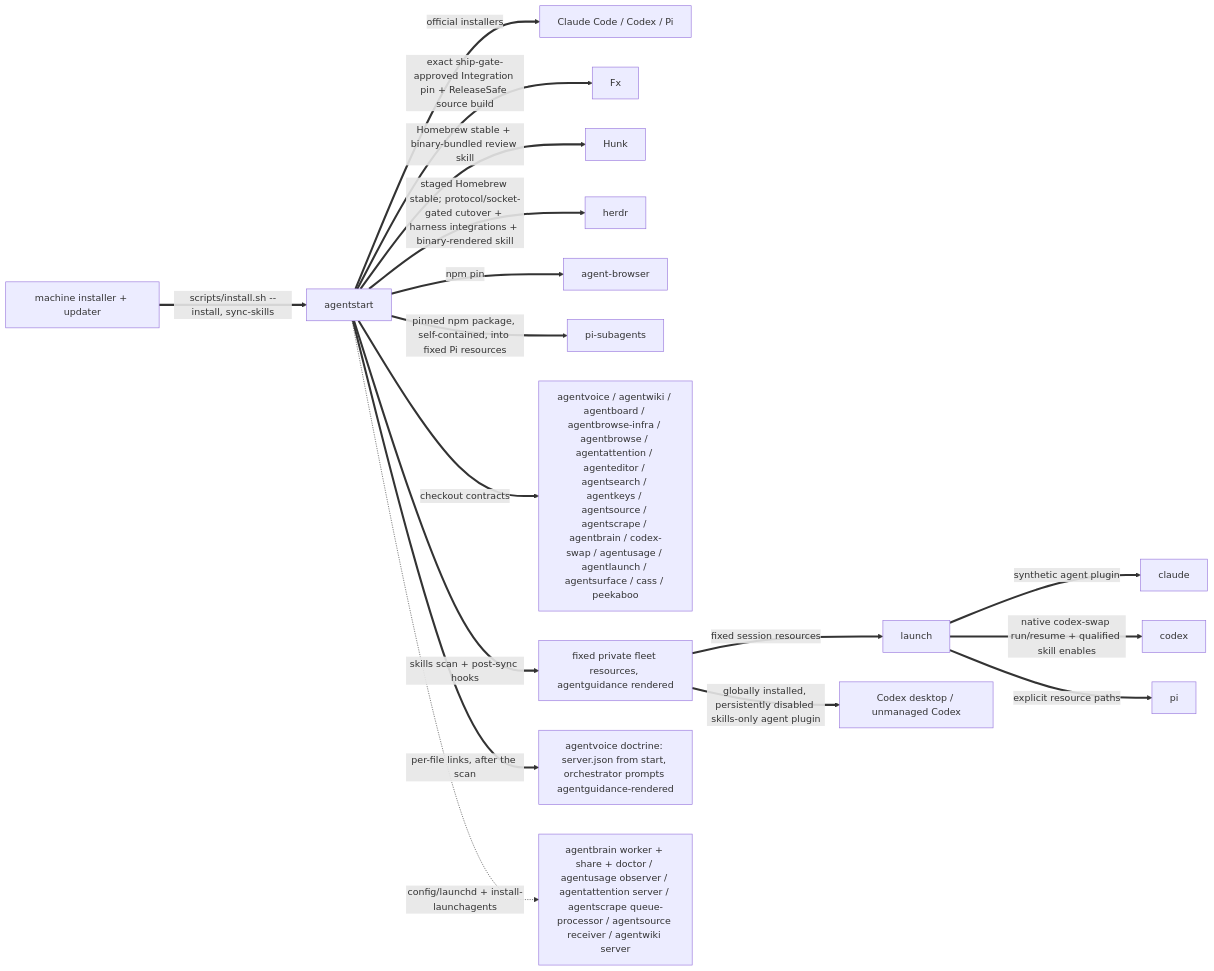
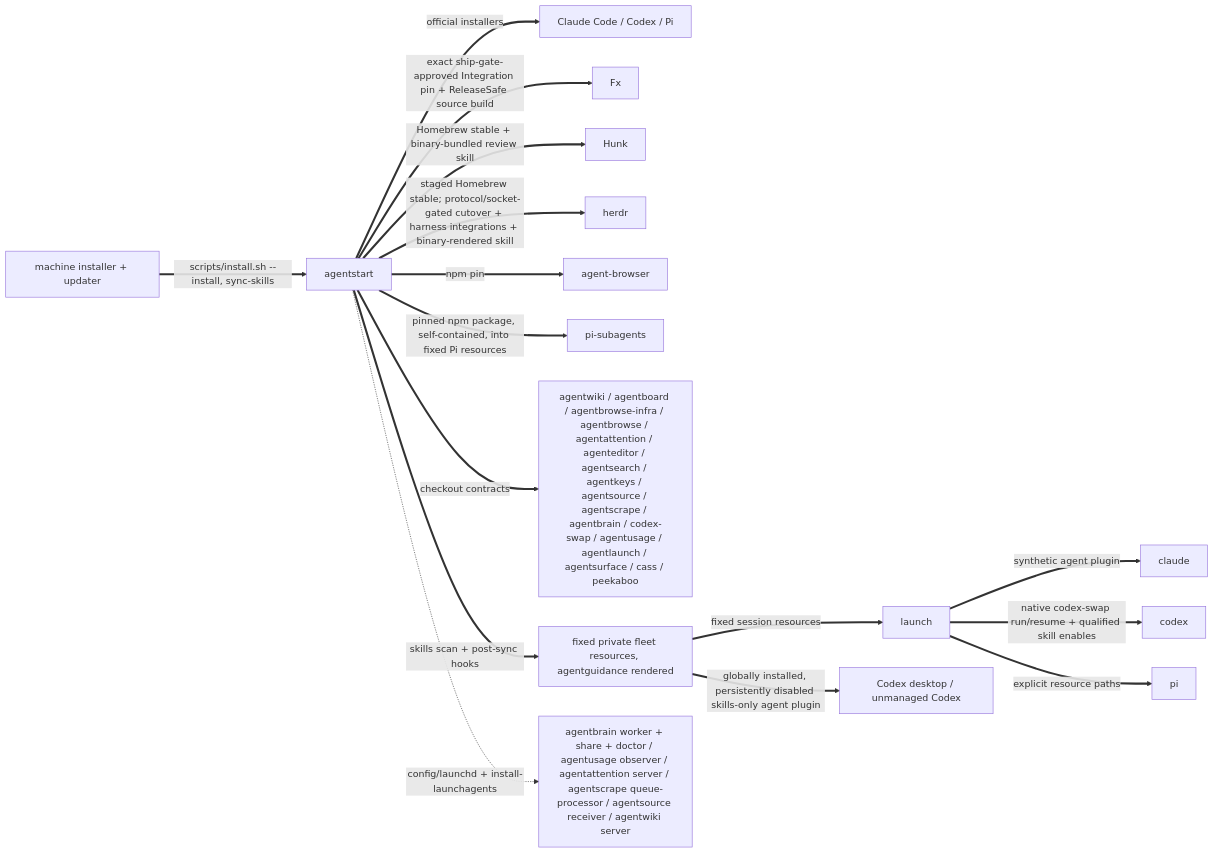
Before and after one commit to possibilities/agentstart: the second of 3 diagrams in skills/fleet/MAP.md, drawn with Mermaid. The commit also changed other lines of this file and 12 other files, not shown here.

````diff
--- a/skills/fleet/MAP.md
+++ b/skills/fleet/MAP.md
@@ -89,22 +83,21 @@
 ```mermaid
 flowchart LR
     machine[machine installer + updater]
     start[agentstart]
 
     machine ==>|scripts/install.sh --install, sync-skills| start
     start ==>|official installers| harnesses[Claude Code / Codex / Pi]
     start ==>|exact ship-gate-approved Integration pin + ReleaseSafe source build| fx[Fx]
     start ==>|Homebrew stable + binary-bundled review skill| hunk[Hunk]
     start ==>|staged Homebrew stable; protocol/socket-gated cutover + harness integrations + binary-rendered skill| herdrInstall[herdr]
     start ==>|npm pin| browser[agent-browser]
     start ==>|pinned npm package, self-contained, into fixed Pi resources| piSubagents[pi-subagents]
-    start ==>|checkout contracts| fleet[agentvoice / agentwiki / agentboard / agentbrowse-infra / agentbrowse / agentattention / agenteditor / agentsearch / agentkeys / agentsource / agentscrape / agentbrain / codex-swap / agentusage / agentlaunch / agentsurface / cass / peekaboo]
+    start ==>|checkout contracts| fleet[agentwiki / agentboard / agentbrowse-infra / agentbrowse / agentattention / agenteditor / agentsearch / agentkeys / agentsource / agentscrape / agentbrain / codex-swap / agentusage / agentlaunch / agentsurface / cass / peekaboo]
     start ==>|skills scan + post-sync hooks| skills[fixed private fleet resources, agentguidance rendered]
     skills ==>|fixed session resources| launch
     launch ==>|synthetic agent plugin| claude
     launch ==>|native codex-swap run/resume + qualified skill enables| codex
     launch ==>|explicit resource paths| pi
     skills ==>|globally installed, persistently disabled skills-only agent plugin| codexDesktop[Codex desktop / unmanaged Codex]
-    start ==>|per-file links, after the scan| voiceDoctrine[agentvoice doctrine: server.json from start, orchestrator prompts agentguidance-rendered]
     start -.->|config/launchd + install-launchagents| services[agentbrain worker + share + doctor / agentusage observer / agentattention server / agentscrape queue-processor / agentsource receiver / agentwiki server]
 ```
````
